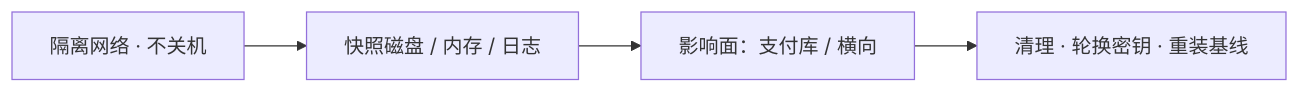
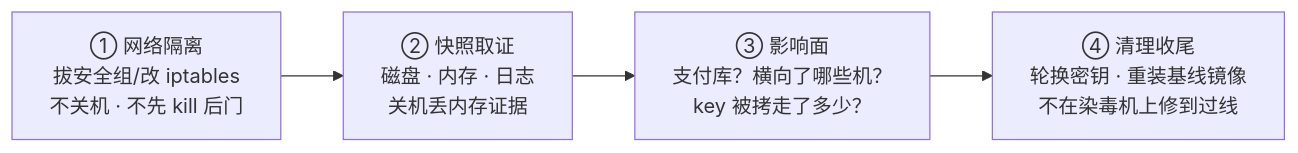
Before and after one commit to ml-cuizijun/LearnToLilith: the fifth of 6 diagrams in 01-基础底座/27-Linux安全加固/知识点.md, drawn with Mermaid. The commit also changed other lines of this file and 470 other files, not shown here.

````diff
--- a/01-基础底座/27-Linux安全加固/知识点.md
+++ b/01-基础底座/27-Linux安全加固/知识点.md
@@ -791,6 +538,6 @@
 ```mermaid
 flowchart LR
-    A[隔离网络 · 不关机] --> B[快照磁盘 / 内存 / 日志]
-    B --> C[影响面：支付库 / 横向]
-    C --> D[清理 · 轮换密钥 · 重装基线]
+    A["① 网络隔离<br/>拔安全组/改 iptables<br/>不关机 · 不先 kill 后门"] --> B["② 快照取证<br/>磁盘 · 内存 · 日志<br/>关机丢内存证据"]
+    B --> C["③ 影响面<br/>支付库？横向了哪些机？<br/>key 被拷走了多少？"]
+    C --> D["④ 清理收尾<br/>轮换密钥 · 重装基线镜像<br/>不在染毒机上修到过线"]
 ```
````
